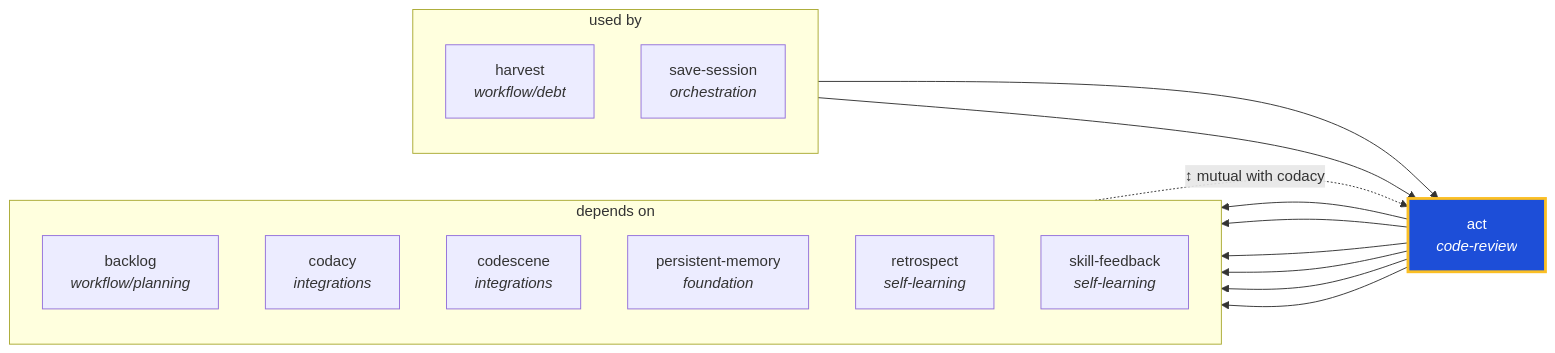
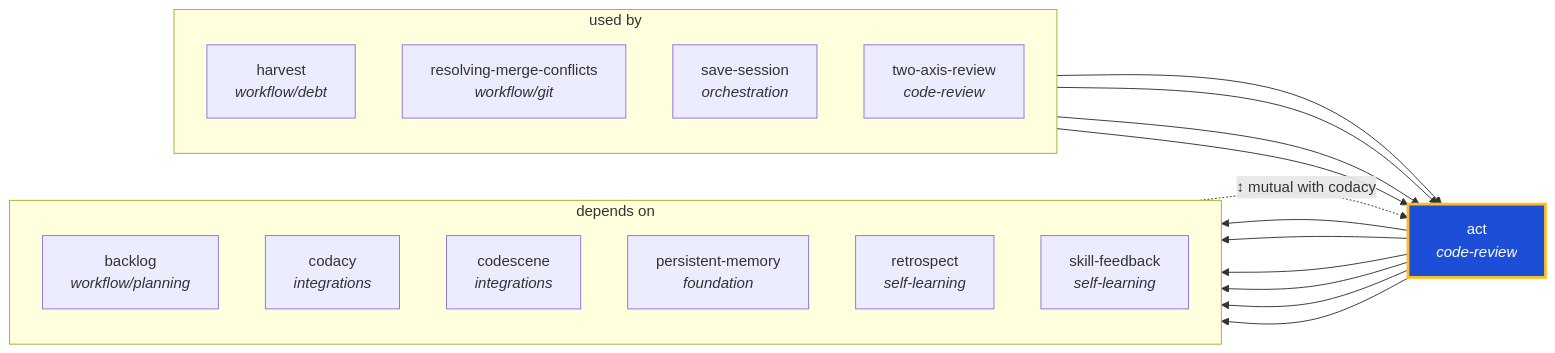
The diagram in docs/graphs/generated/act.md (ThePlenkov/skills), drawn with Mermaid before and after one commit. The commit also changed other lines of this file and 76 other files, not shown here.

````diff
--- a/docs/graphs/generated/act.md
+++ b/docs/graphs/generated/act.md
@@ -22,31 +22,35 @@
 ```mermaid
 graph LR
   act["act<br/><i>code-review</i>"]
   classDef center fill:#1d4ed8,stroke:#fbbf24,stroke-width:3px,color:#fff
   class act center
 
   subgraph sg_used_by["used by"]
     direction TB
     harvest["harvest<br/><i>workflow/debt</i>"]
+    resolving_merge_conflicts["resolving-merge-conflicts<br/><i>workflow/git</i>"]
     save_session["save-session<br/><i>orchestration</i>"]
+    two_axis_review["two-axis-review<br/><i>code-review</i>"]
   end
   harvest --> act
+  resolving_merge_conflicts --> act
   save_session --> act
+  two_axis_review --> act
 
   subgraph sg_depends_on["depends on"]
     direction TB
     backlog["backlog<br/><i>workflow/planning</i>"]
     codacy["codacy<br/><i>integrations</i>"]
     codescene["codescene<br/><i>integrations</i>"]
     persistent_memory["persistent-memory<br/><i>foundation</i>"]
     retrospect["retrospect<br/><i>self-learning</i>"]
     skill_feedback["skill-feedback<br/><i>self-learning</i>"]
   end
   act --> backlog
   act --> codacy
   act --> codescene
   act --> persistent_memory
   act --> retrospect
   act --> skill_feedback
   codacy -. "↕ mutual with codacy" .-> act
 ```
````
